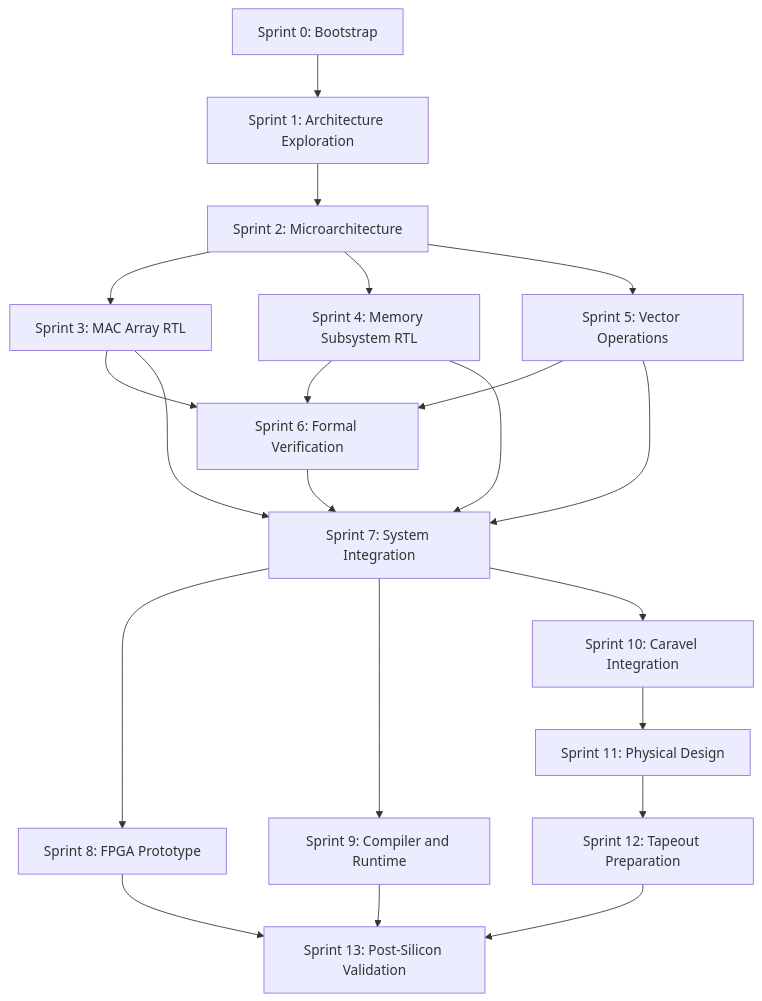
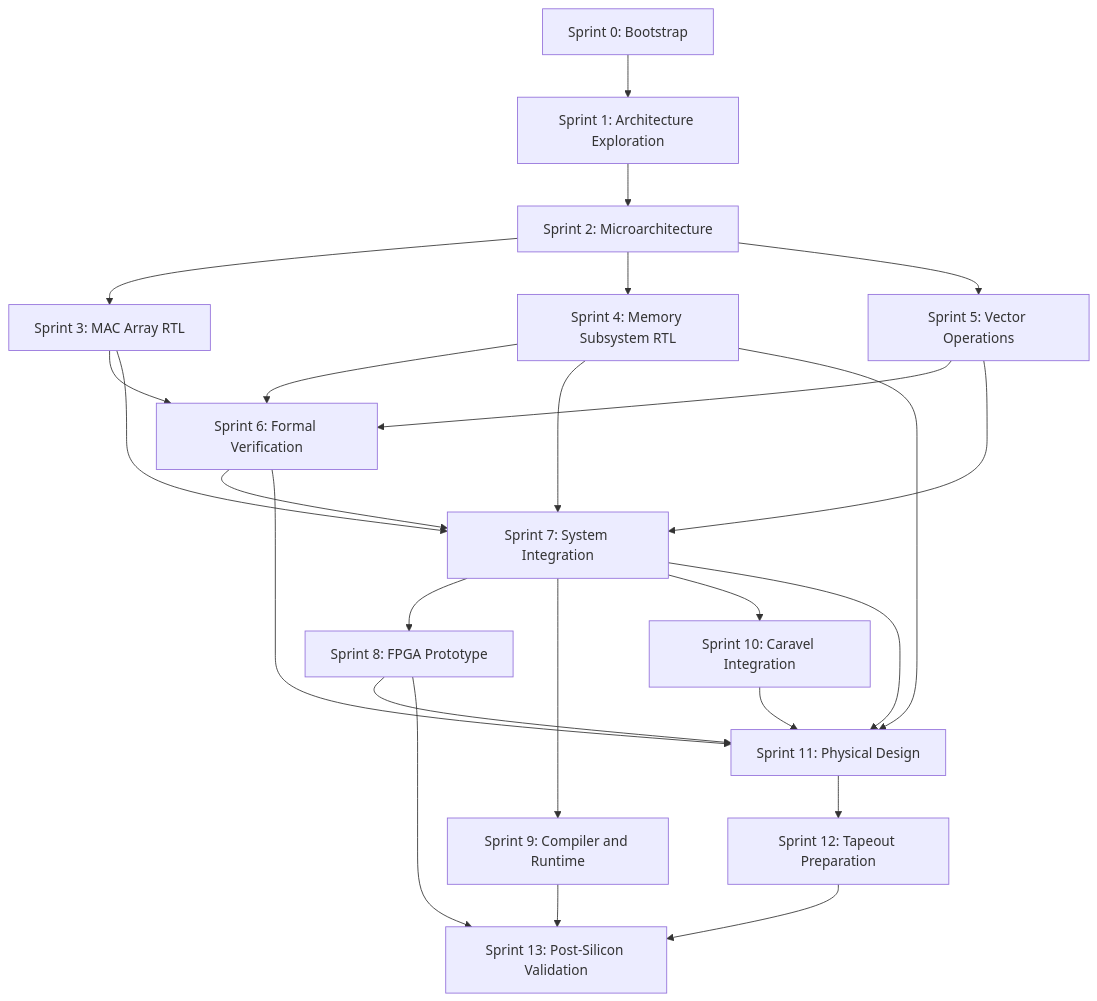
Before and after one commit to WickedStereo/open-transformer-130: the diagram in docs/progress/master-plan.md, drawn with Mermaid. The commit also changed other lines of this file and 56 other files, not shown here.

First line of the commit message:
De-risk the integrated core and rebaseline the roadmap.

````diff
--- a/docs/progress/master-plan.md
+++ b/docs/progress/master-plan.md
@@ -32,23 +45,27 @@
 ```mermaid
 flowchart TD
   sprint0["Sprint 0: Bootstrap"] --> sprint1["Sprint 1: Architecture Exploration"]
   sprint1 --> sprint2["Sprint 2: Microarchitecture"]
   sprint2 --> sprint3["Sprint 3: MAC Array RTL"]
   sprint2 --> sprint4["Sprint 4: Memory Subsystem RTL"]
   sprint2 --> sprint5["Sprint 5: Vector Operations"]
   sprint3 --> sprint6["Sprint 6: Formal Verification"]
   sprint4 --> sprint6
   sprint5 --> sprint6
   sprint3 --> sprint7["Sprint 7: System Integration"]
   sprint4 --> sprint7
   sprint5 --> sprint7
   sprint6 --> sprint7
   sprint7 --> sprint8["Sprint 8: FPGA Prototype"]
   sprint7 --> sprint9["Sprint 9: Compiler and Runtime"]
   sprint7 --> sprint10["Sprint 10: Caravel Integration"]
-  sprint10 --> sprint11["Sprint 11: Physical Design"]
+  sprint7 --> sprint11["Sprint 11: Physical Design"]
+  sprint8 --> sprint11
+  sprint4 --> sprint11
+  sprint6 --> sprint11
+  sprint10 --> sprint11
   sprint11 --> sprint12["Sprint 12: Tapeout Preparation"]
   sprint12 --> sprint13["Sprint 13: Post-Silicon Validation"]
   sprint8 --> sprint13
   sprint9 --> sprint13
 ```
````
